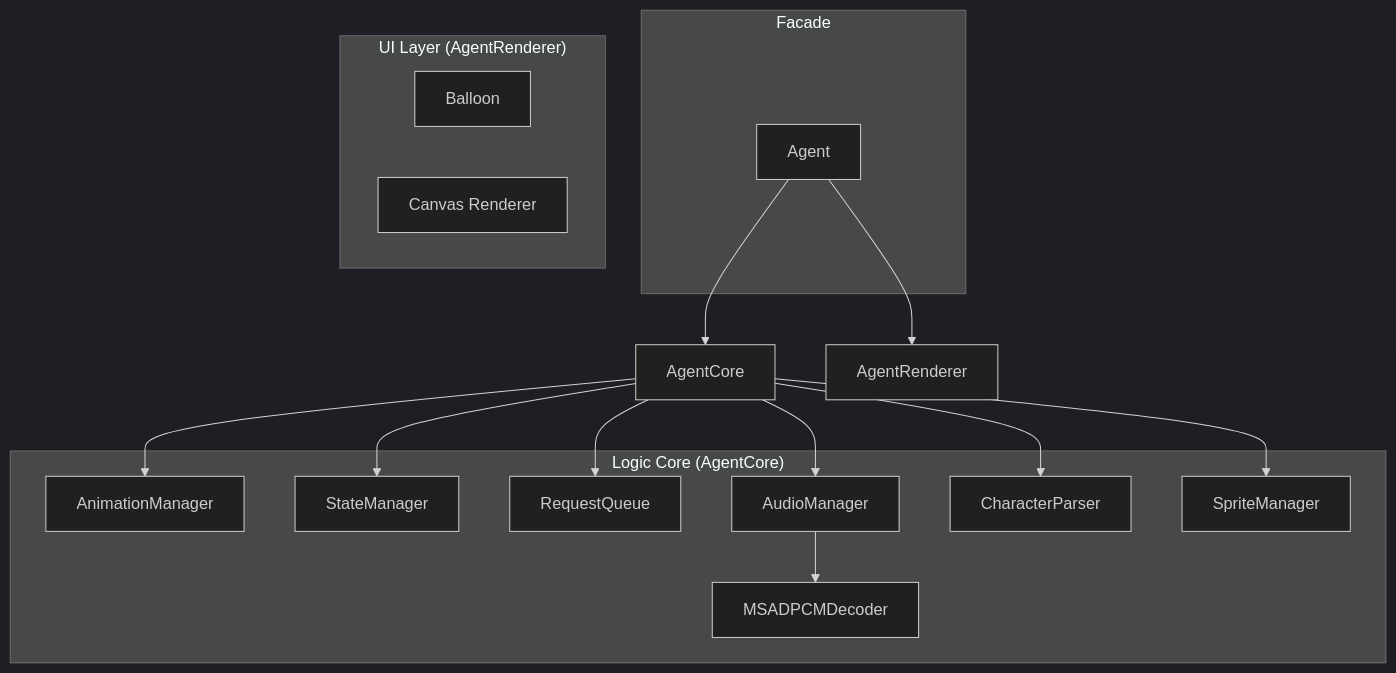
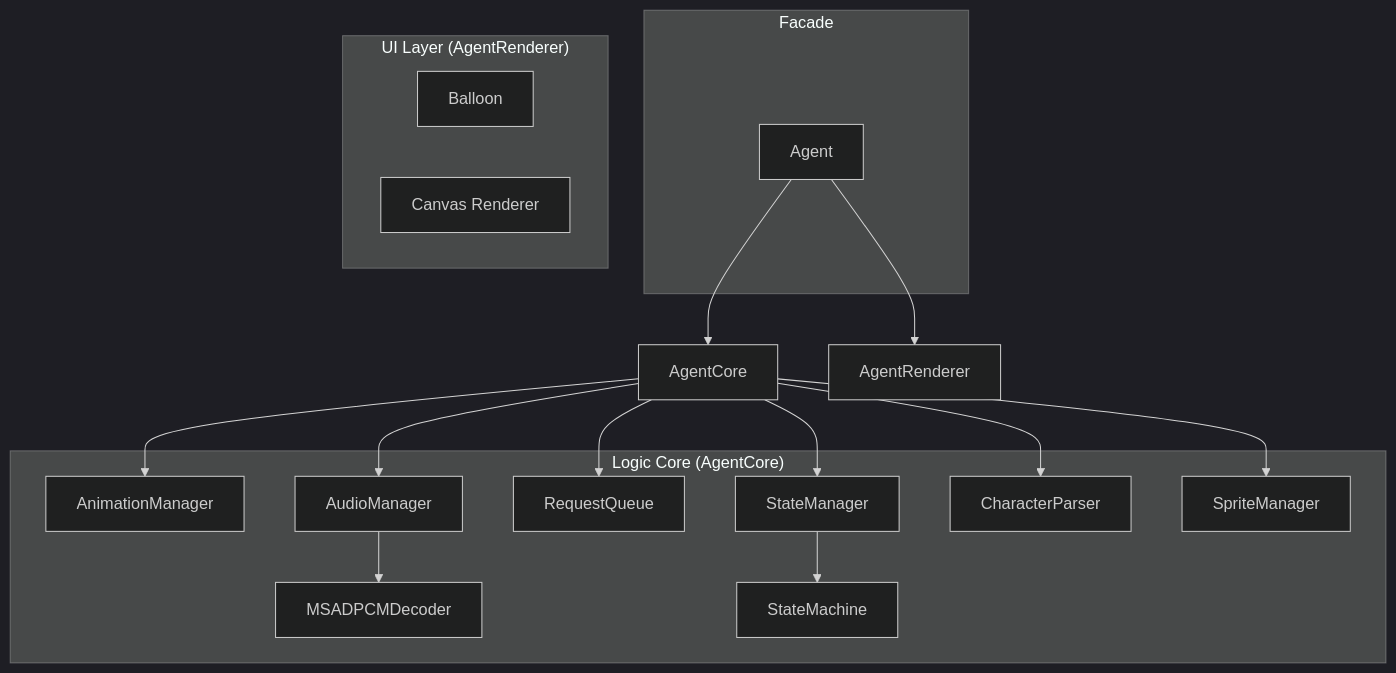
Before and after one commit to azayrahmad/ms-agent-js: the first of 2 diagrams in docs/internals.md, drawn with Mermaid (dark theme). The commit also changed other lines of this file and 4 other files, not shown here.

````diff
--- a/docs/internals.md
+++ b/docs/internals.md
@@ -13,31 +13,33 @@
 ```mermaid
 graph TD
     subgraph "Facade"
     A[Agent]
     end
 
     subgraph "Logic Core (AgentCore)"
     D[AnimationManager]
     F[StateManager]
     H[RequestQueue]
     E[AudioManager]
     B[CharacterParser]
     M[MSADPCMDecoder]
     S[SpriteManager]
+    SM[StateMachine]
     end
 
     subgraph "UI Layer (AgentRenderer)"
     G[Balloon]
     R[Canvas Renderer]
     end
 
     A --> AgentCore
     A --> AgentRenderer
     AgentCore --> B
     AgentCore --> D
     AgentCore --> E
     AgentCore --> F
     AgentCore --> H
     AgentCore --> S
+    F --> SM
     E --> M
 ```
````
